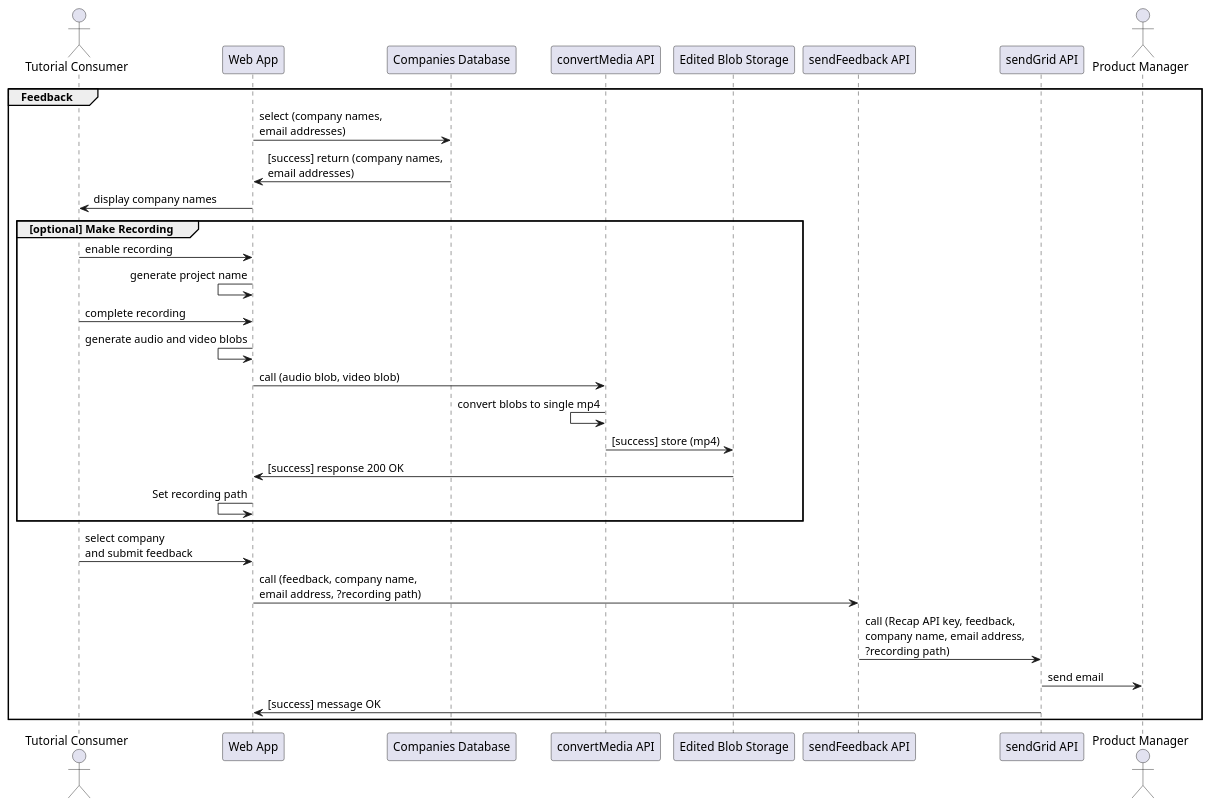
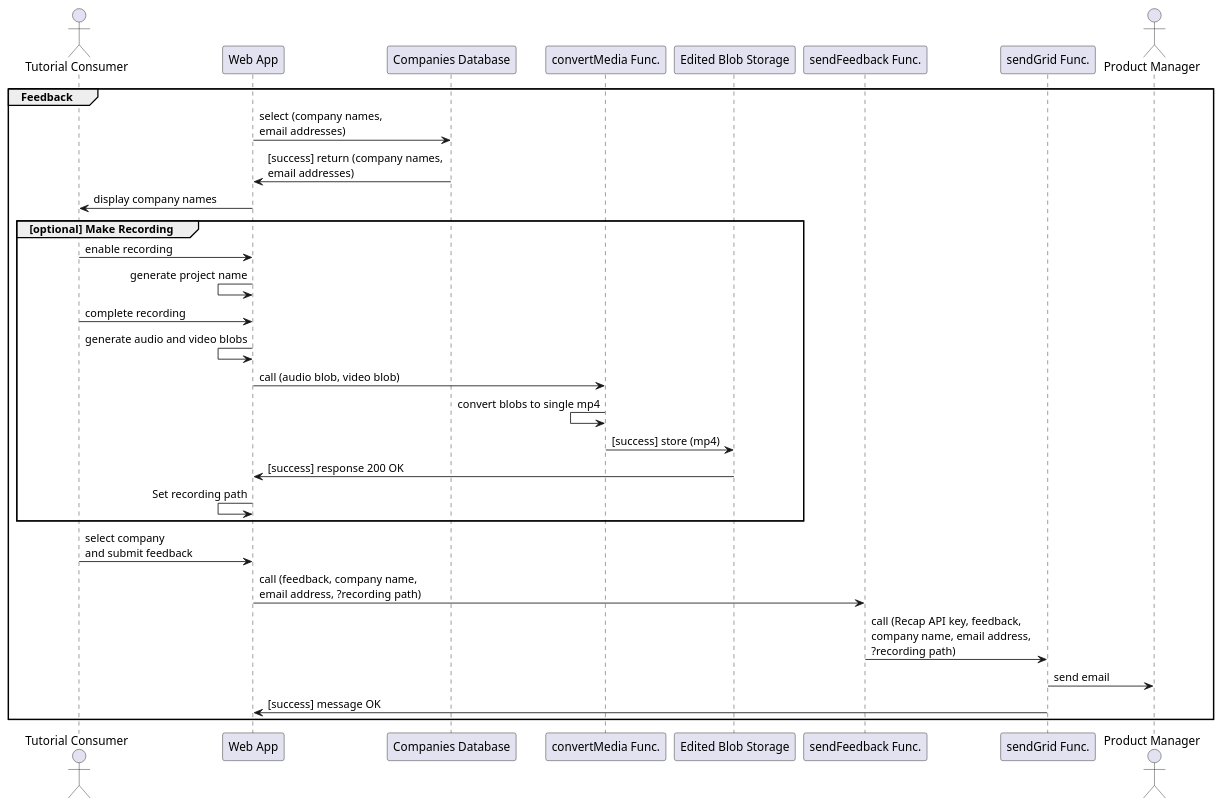
One commit to jennifer-platt/ECM2429-UML changed the diagram in examples/feedback.puml. Above: the diagram before and after it, drawn with PlantUML. The commit also changed 2 other files, not shown here.

Commit message:
Changing API to Func.

```diff
--- a/examples/feedback.puml
+++ b/examples/feedback.puml
@@ -1,32 +1,32 @@
 @startuml feedback
 
 Actor "Tutorial Consumer"
 
 group Feedback
 "Web App" -> "Companies Database": select (company names, \nemail addresses)
 "Web App" <- "Companies Database": [success] return (company names, \nemail addresses)
 "Tutorial Consumer" <- "Web App": display company names
 
 group [optional] Make Recording
 "Tutorial Consumer" -> "Web App": enable recording
 "Web App" <- "Web App": generate project name
 "Tutorial Consumer" -> "Web App": complete recording
 
 "Web App" <- "Web App": generate audio and video blobs
 
-"Web App" -> "convertMedia API": call (audio blob, video blob)
-"convertMedia API" <- "convertMedia API": convert blobs to single mp4
-"Edited Blob Storage" <- "convertMedia API": [success] store (mp4)
+"Web App" -> "convertMedia Func.": call (audio blob, video blob)
+"convertMedia Func." <- "convertMedia Func.": convert blobs to single mp4
+"Edited Blob Storage" <- "convertMedia Func.": [success] store (mp4)
 "Web App" <- "Edited Blob Storage": [success] response 200 OK
 "Web App" <- "Web App": Set recording path
 end
 
 "Tutorial Consumer" -> "Web App": select company \nand submit feedback
-"Web App" -> "sendFeedback API": call (feedback, company name, \nemail address, ?recording path)
-"sendFeedback API" ->  "sendGrid API": call (Recap API key, feedback, \ncompany name, email address, \n?recording path)
+"Web App" -> "sendFeedback Func.": call (feedback, company name, \nemail address, ?recording path)
+"sendFeedback Func." ->  "sendGrid Func.": call (Recap API key, feedback, \ncompany name, email address, \n?recording path)
 Actor "Product Manager"
-"sendGrid API" -> "Product Manager": send email
-"sendGrid API" -> "Web App": [success] message OK
+"sendGrid Func." -> "Product Manager": send email
+"sendGrid Func." -> "Web App": [success] message OK
 end
 
 @enduml
```
